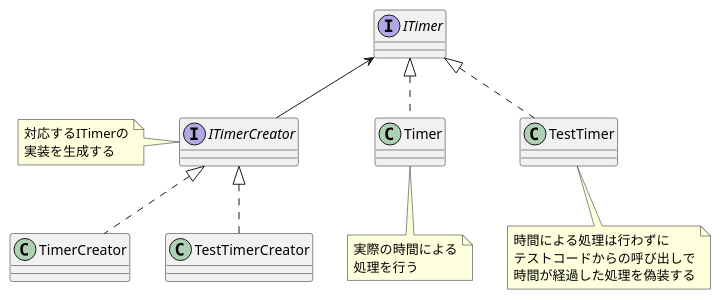
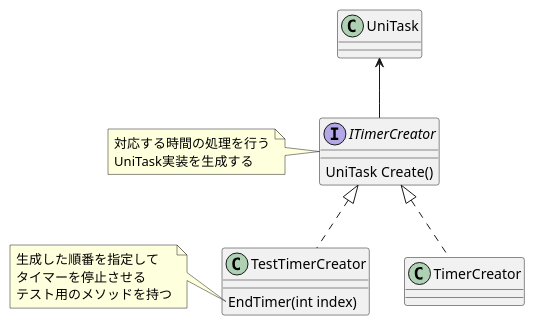
The diagram in Specs/uml/timer_class.pu (yobiya/unity-distributed-rendering), drawn with PlantUML before and after one commit. The commit also changed 1 other file, not shown here.

```diff
--- a/Specs/uml/timer_class.pu
+++ b/Specs/uml/timer_class.pu
@@ -1,32 +1,27 @@
 @startuml timer_class
 
-interface ITimer
-class Timer
-note bottom
-  実際の時間による
-  処理を行う
-endnote
+class UniTask
 
-class TestTimer
-note bottom
-  時間による処理は行わずに
-  テストコードからの呼び出しで
-  時間が経過した処理を偽装する
-endnote
-
-interface ITimerCreator
+interface ITimerCreator {
+  UniTask Create()
+}
 note left
-  対応するITimerの
-  実装を生成する
+  対応する時間の処理を行う
+  UniTask実装を生成する
 endnote
 
 class TimerCreator
-class TestTimerCreator
+class TestTimerCreator {
+  EndTimer(int index)
+}
+note left of TestTimerCreator::EndTimer
+  生成した順番を指定して
+  タイマーを停止させる
+  テスト用のメソッドを持つ
+endnote
 
-ITimer <|.. Timer
-ITimer <|.. TestTimer
 ITimerCreator <|.. TimerCreator
 ITimerCreator <|.. TestTimerCreator
-ITimer <-- ITimerCreator
+UniTask <-- ITimerCreator
 
 @enduml
```
